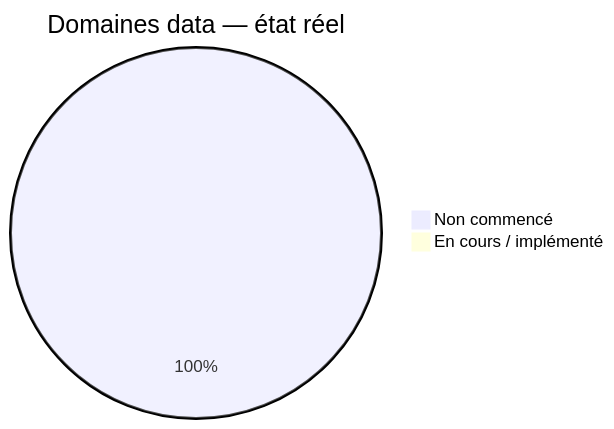
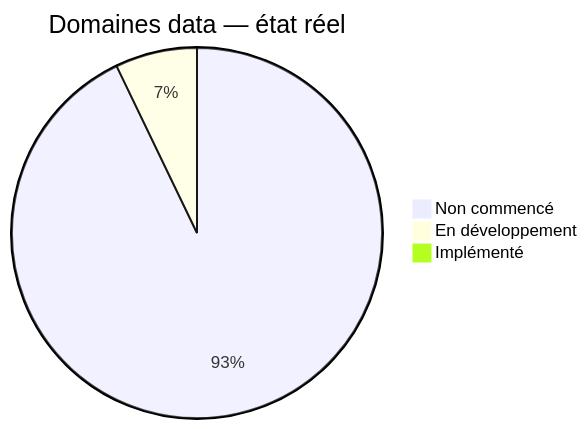
The second of 5 diagrams in docs/runtime/03_DATA_STATUS.md (JavaChrist/Tai-Chi-AI-Coach), drawn with Mermaid before and after one commit. The commit also changed other lines of this file and 59 other files, not shown here.

````diff
--- a/docs/runtime/03_DATA_STATUS.md
+++ b/docs/runtime/03_DATA_STATUS.md
@@ -99,5 +101,6 @@
 ```mermaid
 pie title Domaines data — état réel
-  "Non commencé" : 14
-  "En cours / implémenté" : 0
+  "Non commencé" : 13
+  "En développement" : 1
+  "Implémenté" : 0
 ```
````
